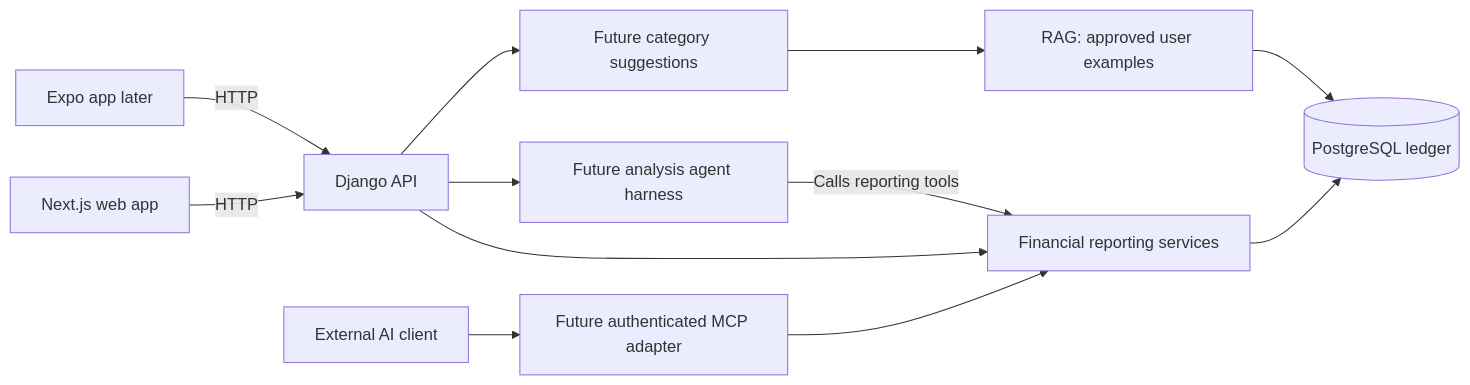
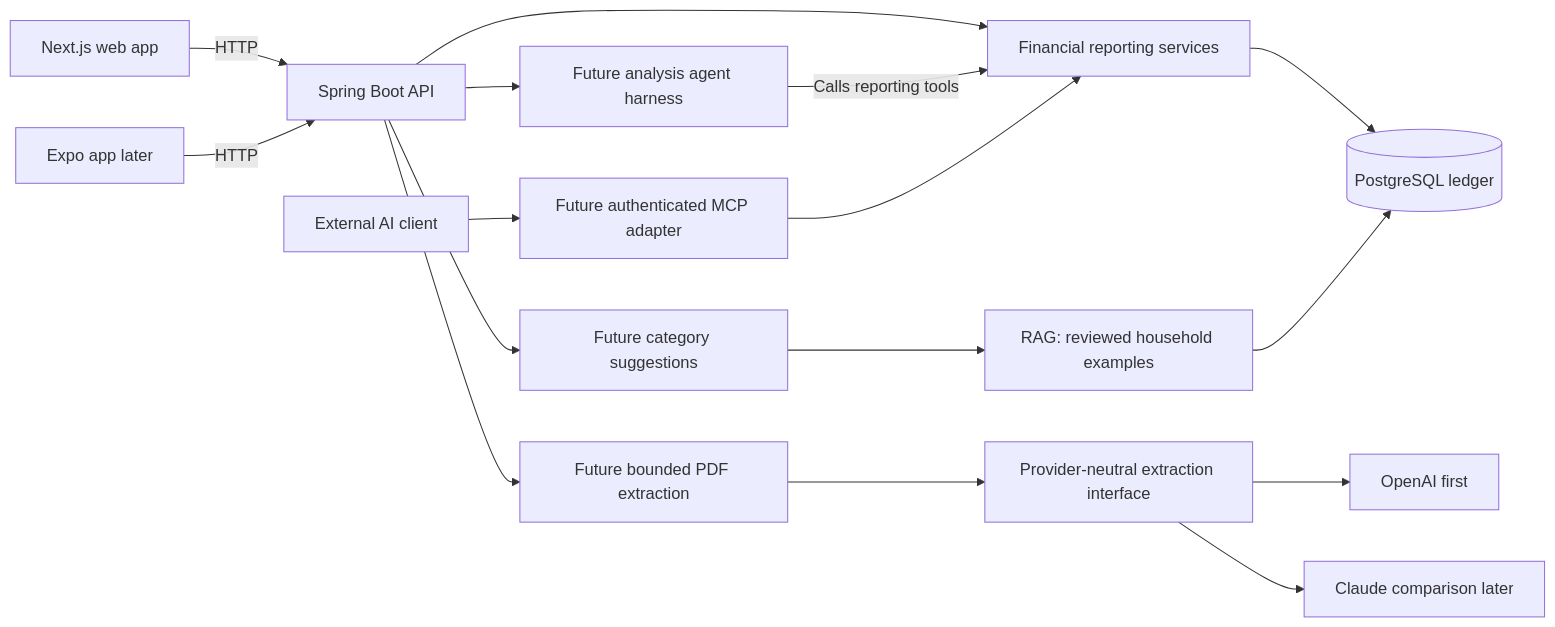
The diagram in docs/AI-Tech.md (jfloww/expense_tracker), drawn with Mermaid before and after one commit. The commit also changed other lines of this file and 77 other files, not shown here.

Commit message:
Add Spring Boot household backend foundation

````diff
--- a/docs/AI-Tech.md
+++ b/docs/AI-Tech.md
@@ -122,14 +186,18 @@
 ```mermaid
 flowchart LR
-  Web[Next.js web app] -->|HTTP| API[Django API]
+  Web[Next.js web app] -->|HTTP| API[Spring Boot API]
   Mobile[Expo app later] -->|HTTP| API
   API --> Reports[Financial reporting services]
   API --> Harness[Future analysis agent harness]
   Harness -->|Calls reporting tools| Reports
+  API --> Imports[Future bounded PDF extraction]
+  Imports --> Provider[Provider-neutral extraction interface]
+  Provider --> OpenAI[OpenAI first]
+  Provider --> Claude[Claude comparison later]
   API --> Classification[Future category suggestions]
-  Classification --> Retrieval[RAG: approved user examples]
+  Classification --> Retrieval[RAG: reviewed household examples]
   External[External AI client] --> MCP[Future authenticated MCP adapter]
   MCP --> Reports
   Reports --> DB[(PostgreSQL ledger)]
   Retrieval --> DB
 ```
````
